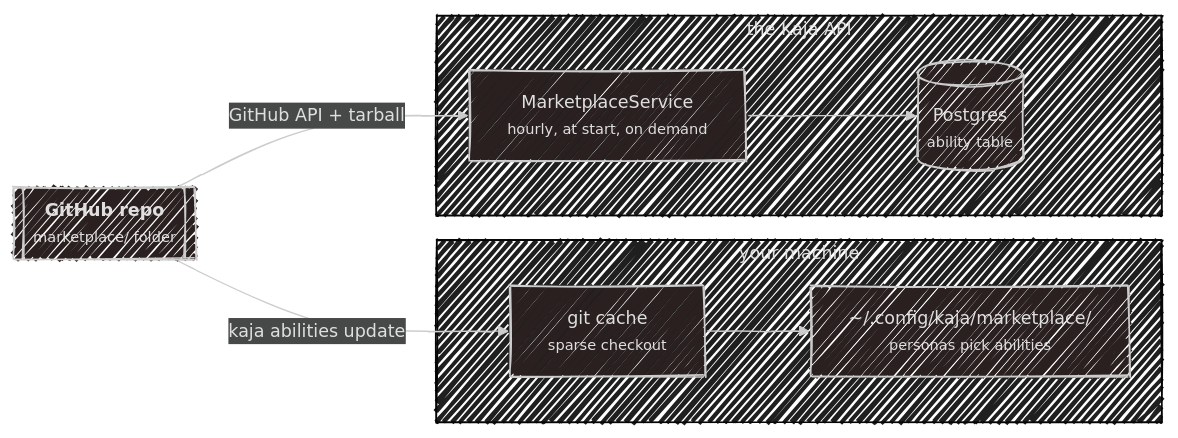
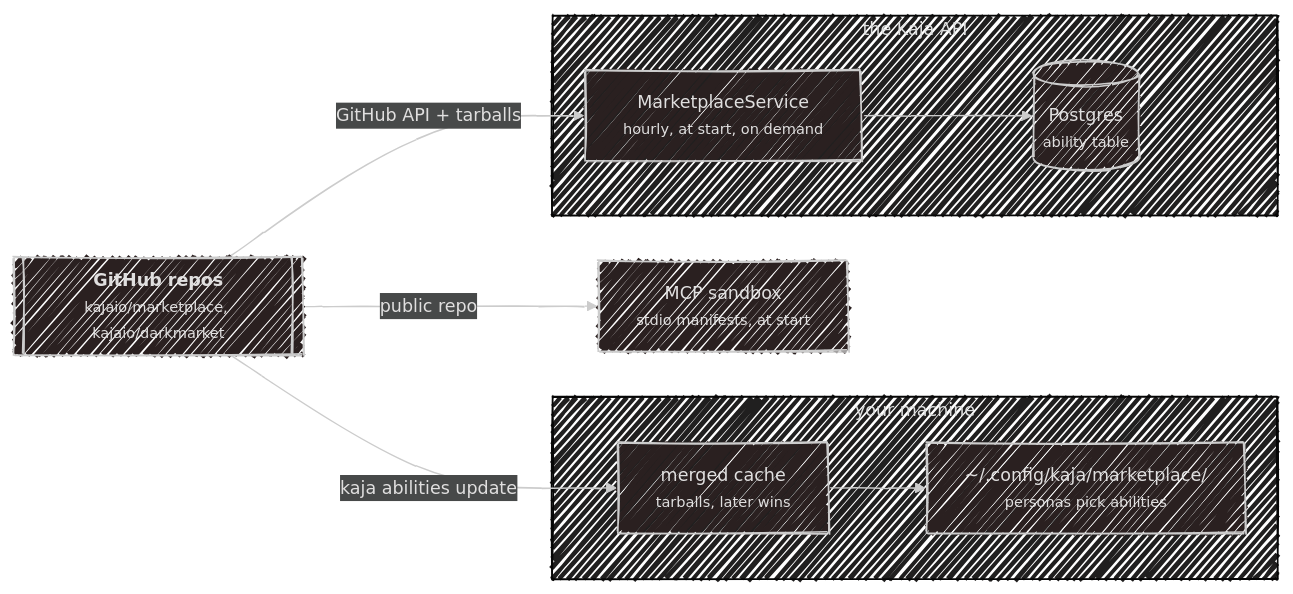
One commit to kajaio/docs changed the first of 4 diagrams in development/marketplace.md. Above: the diagram before and after it, drawn with Mermaid. The commit also changed other lines of this file and 30 other files, not shown here.

First line of the commit message:
docs: config templates and marketplace live in their own repos

````diff
--- a/development/marketplace.md
+++ b/development/marketplace.md
@@ -19,22 +32,25 @@
 ```mermaid
 ---
 config:
   look: handDrawn
   theme: neo-dark
 ---
 flowchart LR
-    REPO[["<b>GitHub repo</b><br><small>marketplace/ folder</small>"]]
+    REPO[["<b>GitHub repos</b><br><small>kajaio/marketplace, kajaio/darkmarket</small>"]]
 
     subgraph LOCAL["your machine"]
-        CACHE["git cache<br><small>sparse checkout</small>"]
+        CACHE["merged cache<br><small>tarballs, later wins</small>"]
         FOLDER["~/.config/kaja/marketplace/<br><small>personas pick abilities</small>"]
     end
 
     subgraph CLOUD["the Kaja API"]
         SYNC["MarketplaceService<br><small>hourly, at start, on demand</small>"]
         PG[("Postgres<br><small>ability table</small>")]
     end
 
+    SANDBOX["MCP sandbox<br><small>stdio manifests, at start</small>"]
+
     REPO -->|"kaja abilities update"| CACHE --> FOLDER
-    REPO -->|"GitHub API + tarball"| SYNC --> PG
+    REPO -->|"GitHub API + tarballs"| SYNC --> PG
+    REPO -->|"public repo"| SANDBOX
 ```
````
